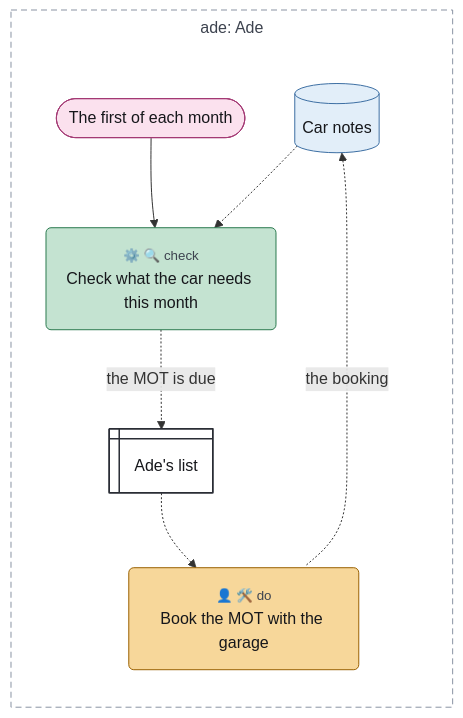
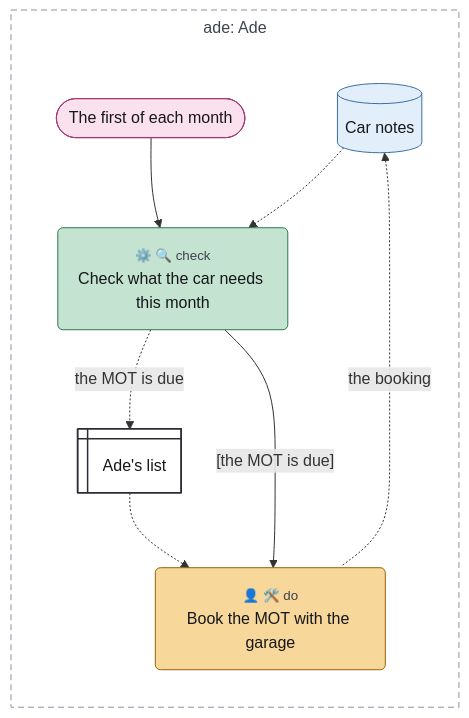
One commit to chrismdp/awml changed the diagram in examples/tour/07-person-step.mmd. Above: the diagram before and after it, drawn with Mermaid. The commit also changed 65 other files, not shown here.

```diff
--- a/examples/tour/07-person-step.mmd
+++ b/examples/tour/07-person-step.mmd
@@ -1,42 +1,43 @@
 ---
 config:
   theme: default
   fontFamily: Inter, sans-serif
   flowchart:
     useMaxWidth: false
     subGraphTitleMargin:
       top: 6
       bottom: 30
 ---
 flowchart TB
   subgraph ade["ade#58; Ade"]
     direction TB
     monthly(["The first of each month"])
     car_notes[("Car notes")]
     due("<small style='color:rgb(61,67,79)'>⚙️ 🔍 check</small><br>Check what the car needs this month")
     list@{ shape: win-pane, label: "Ade#39;s list" }
     book("<small style='color:rgb(61,67,79)'>👤 🛠️ do</small><br>Book the MOT with the garage")
   end
 
   monthly --> due
   car_notes -.-> due
   due -.->|"the MOT is due"| list
   list -.-> book
+  due -->|"#91;the MOT is due#93;"| book
   car_notes <-.->|"the booking"| book
   classDef trig fill:#fbe1ee,stroke:#a33a74,color:#16171b
   classDef ctx fill:#e2eef9,stroke:#3d6fa3,color:#16171b
   classDef con fill:#eceef2,stroke:#5d6472,color:#16171b
   classDef surf fill:#ffffff,stroke:#2a2d35,stroke-width:1.5px,color:#16171b
   classDef out fill:#fde4dc,stroke:#b5532f,color:#16171b
   classDef ai fill:#cdd3fb,stroke:#3b4bb0,color:#16171b
   classDef code fill:#c4e3d1,stroke:#2b7a4f,color:#16171b
   classDef person fill:#f7d79a,stroke:#9a6100,color:#16171b
   classDef uml fill:#16171b,stroke:#16171b,color:#16171b
   classDef gap fill:#ffffff,stroke:#8a93a3,stroke-dasharray:4 3,color:#6b7280
   class monthly trig
   class car_notes ctx
   class list surf
   class due code
   class book person
   style ade fill:transparent,stroke:#8a93a3,stroke-dasharray:6 4,color:#3d434f
-  linkStyle 4 marker-end:none
+  linkStyle 5 marker-end:none
```
